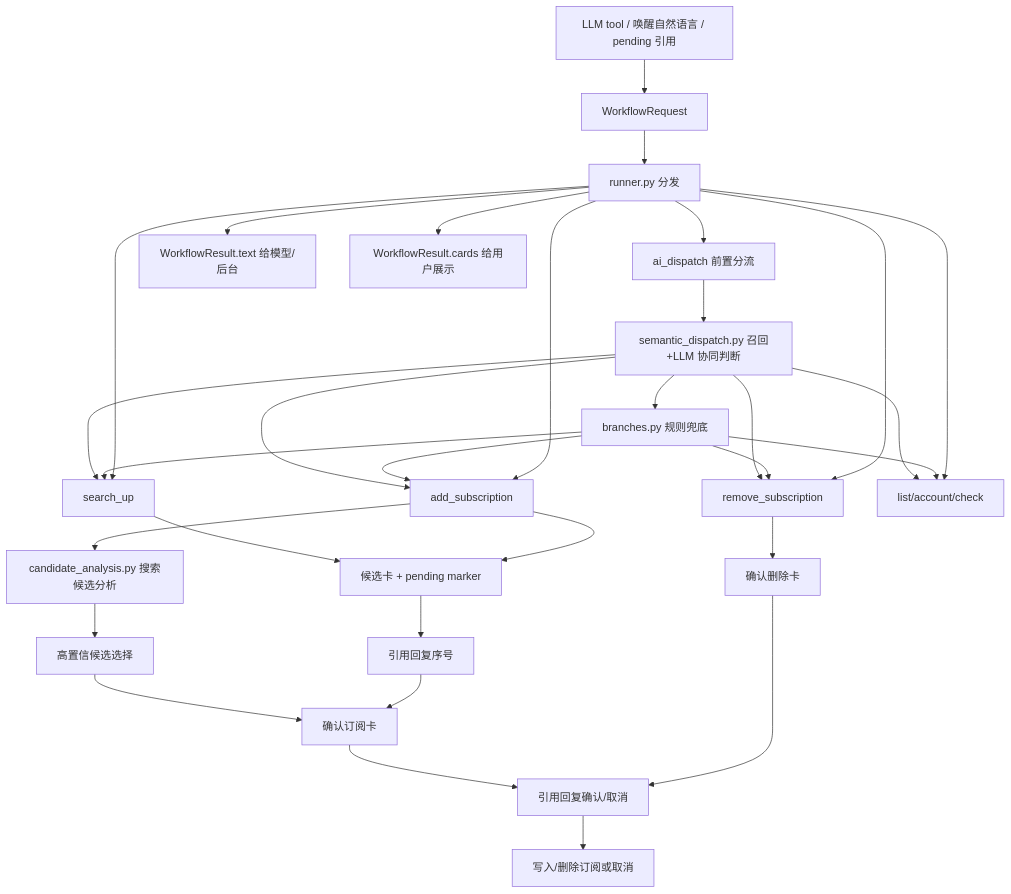
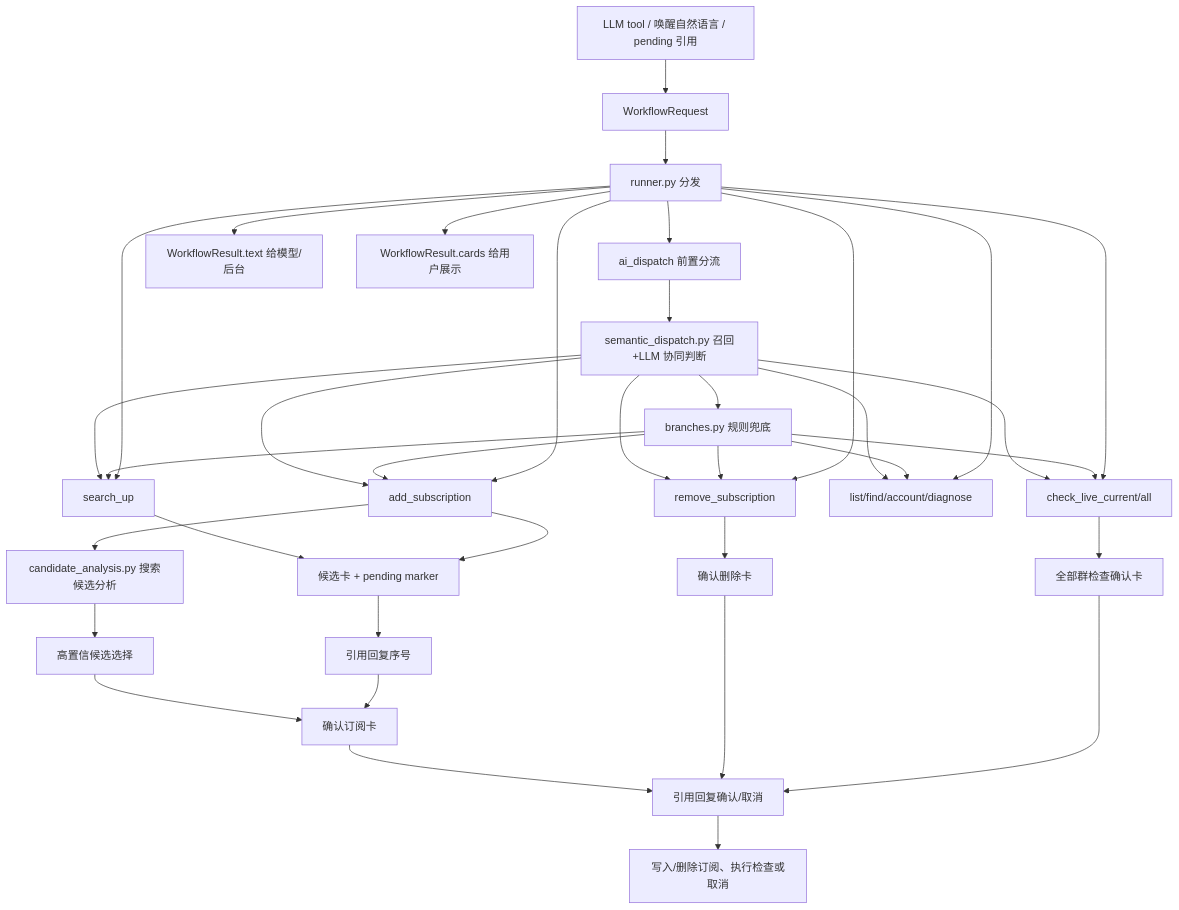
One commit to memoriass/astrbot_plugin_bilibili_push changed the diagram in workflows/workflows.md. Above: the diagram before and after it, drawn with Mermaid. The commit also changed other lines of this file and 51 other files, not shown here.

````diff
--- a/workflows/workflows.md
+++ b/workflows/workflows.md
@@ -45,33 +53,38 @@
 ```mermaid
 flowchart TD
     Entry["LLM tool / 唤醒自然语言 / pending 引用"] --> Request["WorkflowRequest"]
     Request --> Runner["runner.py 分发"]
     Runner --> Dispatch["ai_dispatch 前置分流"]
     Dispatch --> Semantic["semantic_dispatch.py 召回+LLM 协同判断"]
     Semantic --> Branches["branches.py 规则兜底"]
     Semantic --> Search
     Semantic --> Add
     Semantic --> Remove
     Semantic --> Manage
+    Semantic --> LiveCheck
     Branches --> Search
     Branches --> Add
     Branches --> Remove
     Branches --> Manage
+    Branches --> LiveCheck
     Runner --> Search["search_up"]
     Runner --> Add["add_subscription"]
     Runner --> Remove["remove_subscription"]
-    Runner --> Manage["list/account/check"]
+    Runner --> Manage["list/find/account/diagnose"]
+    Runner --> LiveCheck["check_live_current/all"]
     Search --> CandidateCard["候选卡 + pending marker"]
     Add --> CandidateAI["candidate_analysis.py 搜索候选分析"]
     CandidateAI --> Select["高置信候选选择"]
     Select --> Confirm["确认订阅卡"]
     Add --> CandidateCard
     CandidateCard --> Continue["引用回复序号"]
     Continue --> Confirm
     Remove --> RemoveConfirm["确认删除卡"]
+    LiveCheck --> LiveAllConfirm["全部群检查确认卡"]
     Confirm --> UserConfirm["引用回复确认/取消"]
     RemoveConfirm --> UserConfirm
-    UserConfirm --> Write["写入/删除订阅或取消"]
+    LiveAllConfirm --> UserConfirm
+    UserConfirm --> Write["写入/删除订阅、执行检查或取消"]
     Runner --> Text["WorkflowResult.text 给模型/后台"]
     Runner --> Cards["WorkflowResult.cards 给用户展示"]
 ```
````
